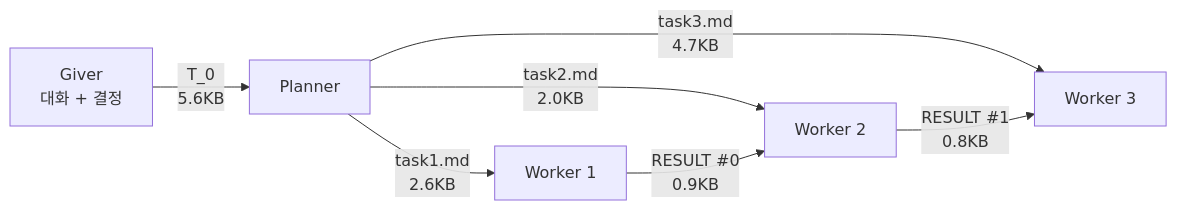
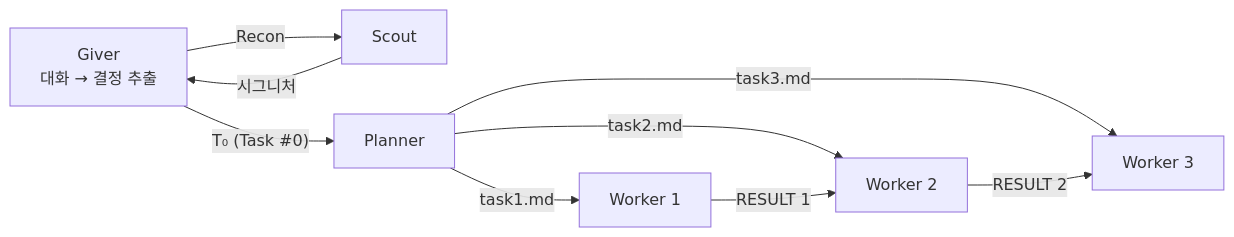
Before and after one commit to sng2c/giver-architecture: the diagram in README.md, drawn with Mermaid. The commit also changed other lines of this file and 1 other file, not shown here.

First line of the commit message:
v3.5.3: rewrite README.md and giver-principles.md

````diff
--- a/README.md
+++ b/README.md
@@ -23,9 +23,11 @@
 ```mermaid
 graph LR
-    G["Giver<br/>대화 + 결정"] -->|"T_0<br/>5.6KB"| P["Planner"]
-    P -->|"task1.md<br/>2.6KB"| W1["Worker 1"]
-    P -->|"task2.md<br/>2.0KB"| W2["Worker 2"]
-    P -->|"task3.md<br/>4.7KB"| W3["Worker 3"]
-    W1 -->|"RESULT #0<br/>0.9KB"| W2
-    W2 -->|"RESULT #1<br/>0.8KB"| W3
+    G["Giver<br/>대화 → 결정 추출"] -->|Recon| S["Scout"]
+    S -->|시그니처| G
+    G -->|"T₀ (Task #0)"| P["Planner"]
+    P -->|"task1.md"| W1["Worker 1"]
+    P -->|"task2.md"| W2["Worker 2"]
+    P -->|"task3.md"| W3["Worker 3"]
+    W1 -->|"RESULT 1"| W2
+    W2 -->|"RESULT 2"| W3
 ```
````
